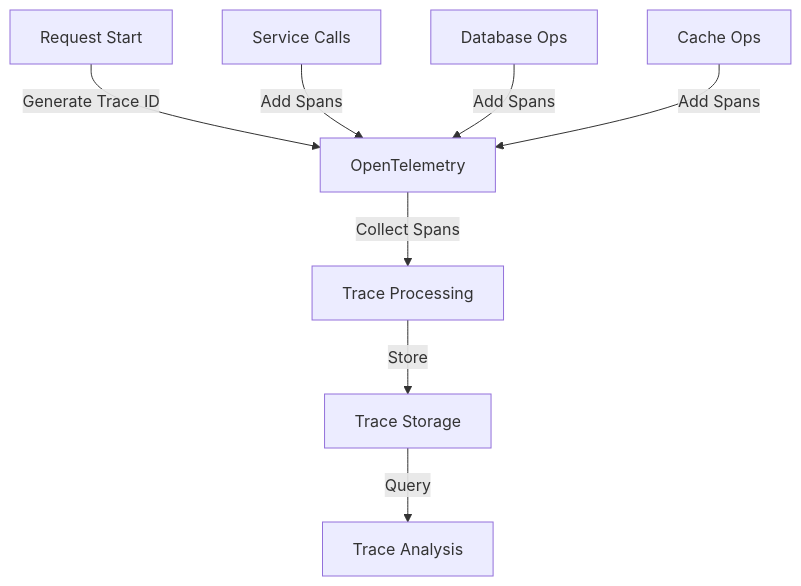
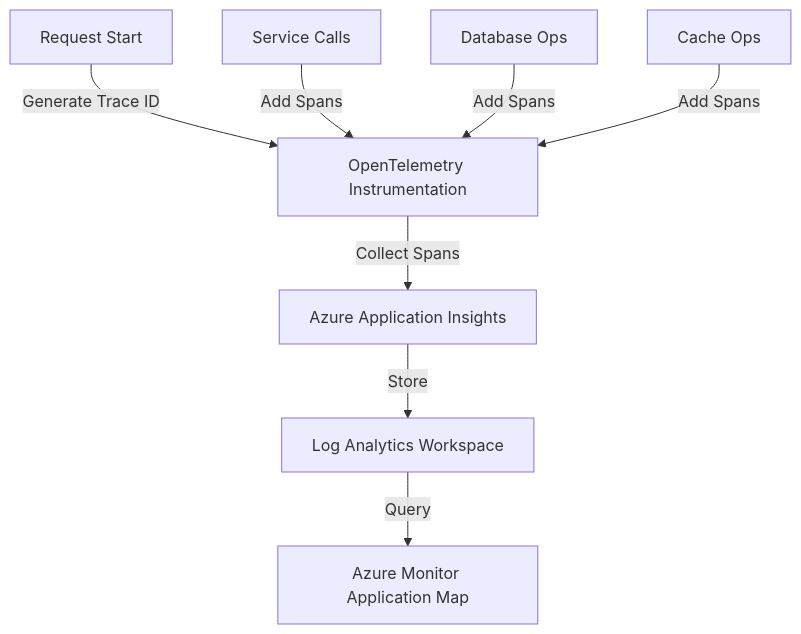
Before and after one commit to UCLH-Digital-Innovation-Hub/Xhuma: the fifth of 10 diagrams in docs/data_flow.md, drawn with Mermaid. The commit also changed other lines of this file and 1 other file, not shown here.

Commit message:
docs: update technical docs with latest pydantic models and azure observability patterns

````diff
--- a/docs/data_flow.md
+++ b/docs/data_flow.md
@@ -59,11 +59,11 @@
 ```mermaid
 flowchart TD
-    A[Request Start] -->|Generate Trace ID| B[OpenTelemetry]
-    B -->|Collect Spans| C[Trace Processing]
-    C -->|Store| D[Trace Storage]
-    D -->|Query| E[Trace Analysis]
+    A[Request Start] -->|Generate Trace ID| B[OpenTelemetry Instrumentation]
+    B -->|Collect Spans| C[Azure Application Insights]
+    C -->|Store| D[Log Analytics Workspace]
+    D -->|Query| E[Azure Monitor Application Map]
 
     F[Service Calls] -->|Add Spans| B
     G[Database Ops] -->|Add Spans| B
     H[Cache Ops] -->|Add Spans| B
 ```
````
